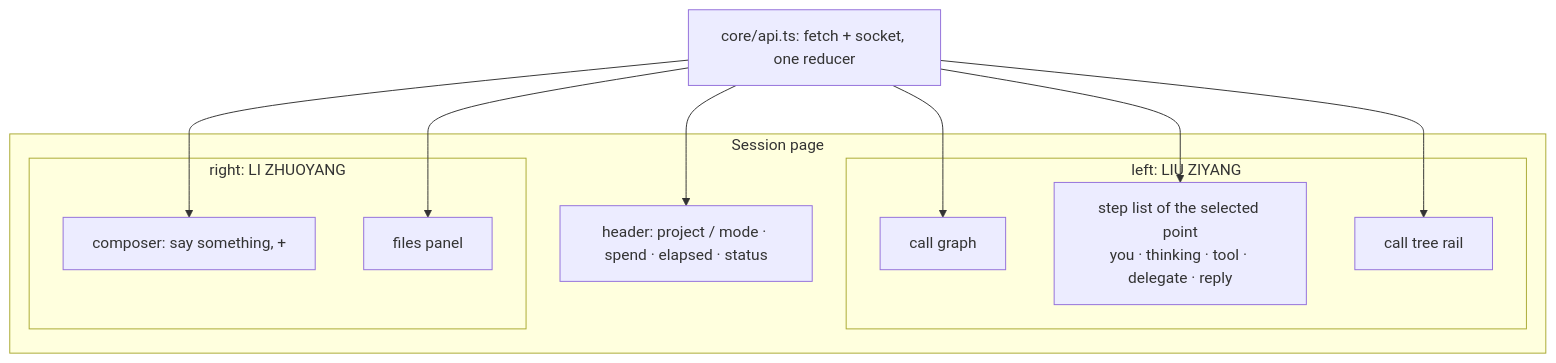
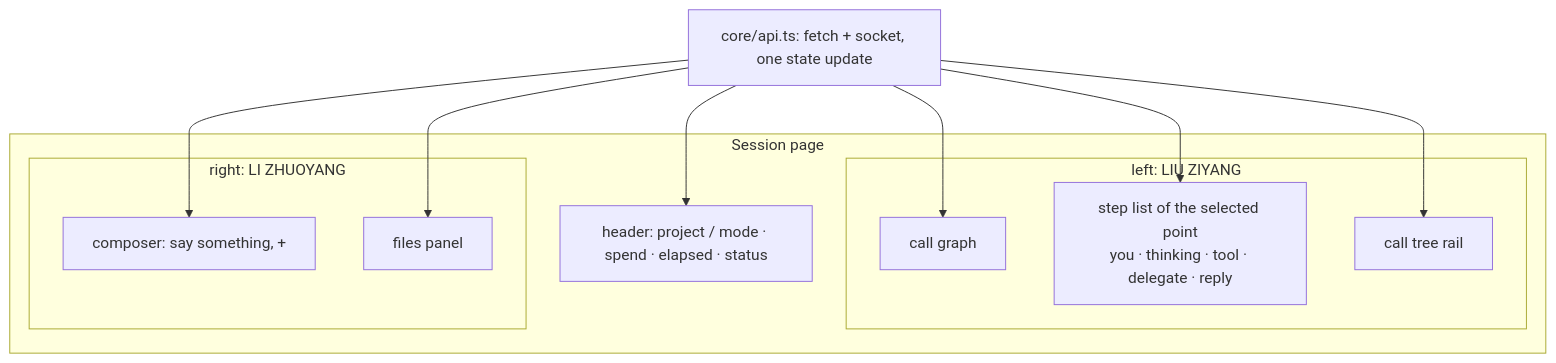
One commit to ziyangliu-666/lumen-next changed diagram 15 of 16 in docs/ARCHITECTURE.md. Above: the diagram before and after it, drawn with Mermaid. The commit also changed other lines of this file and 17 other files, not shown here.

````diff
--- a/docs/ARCHITECTURE.md
+++ b/docs/ARCHITECTURE.md
@@ -686,16 +686,16 @@
 ```mermaid
 flowchart TB
   subgraph Session page
     H[header: project / mode · spend · elapsed · status]
     subgraph L[left: LIU ZIYANG]
       G[call graph]
       SL[step list of the selected point<br/>you · thinking · tool · delegate · reply]
       CT[call tree rail]
     end
     subgraph R[right: LI ZHUOYANG]
       CP[composer: say something, +]
       FP[files panel]
     end
   end
-  API[core/api.ts: fetch + socket, one reducer] --> H & G & SL & CT & CP & FP
+  API[core/api.ts: fetch + socket, one state update] --> H & G & SL & CT & CP & FP
 ```
````
